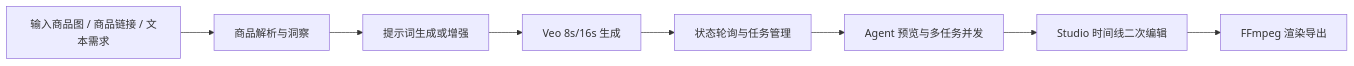
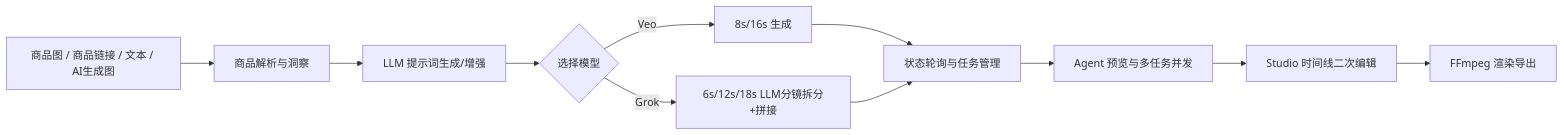
One commit to shaozheng0503/Shoplive changed the first of 2 diagrams in README.md. Above: the diagram before and after it, drawn with Mermaid. The commit also changed other lines of this file, not shown here.

First line of the commit message:
docs: 全面更新 README，补全 Grok/LLM分镜/AI生图/拼接链路等新功能说明

````diff
--- a/README.md
+++ b/README.md
@@ -98,10 +82,13 @@
 ```mermaid
 flowchart LR
-    A[输入商品图 / 商品链接 / 文本需求] --> B[商品解析与洞察]
-    B --> C[提示词生成或增强]
-    C --> D[Veo 8s/16s 生成]
-    D --> E[状态轮询与任务管理]
-    E --> F[Agent 预览与多任务并发]
-    F --> G[Studio 时间线二次编辑]
-    G --> H[FFmpeg 渲染导出]
+    A[商品图 / 商品链接 / 文本 / AI生成图] --> B[商品解析与洞察]
+    B --> C[LLM 提示词生成/增强]
+    C --> D{选择模型}
+    D -->|Veo| E[8s/16s 生成]
+    D -->|Grok| F[6s/12s/18s LLM分镜拆分+拼接]
+    E --> G[状态轮询与任务管理]
+    F --> G
+    G --> H[Agent 预览与多任务并发]
+    H --> I[Studio 时间线二次编辑]
+    I --> J[FFmpeg 渲染导出]
 ```
````
